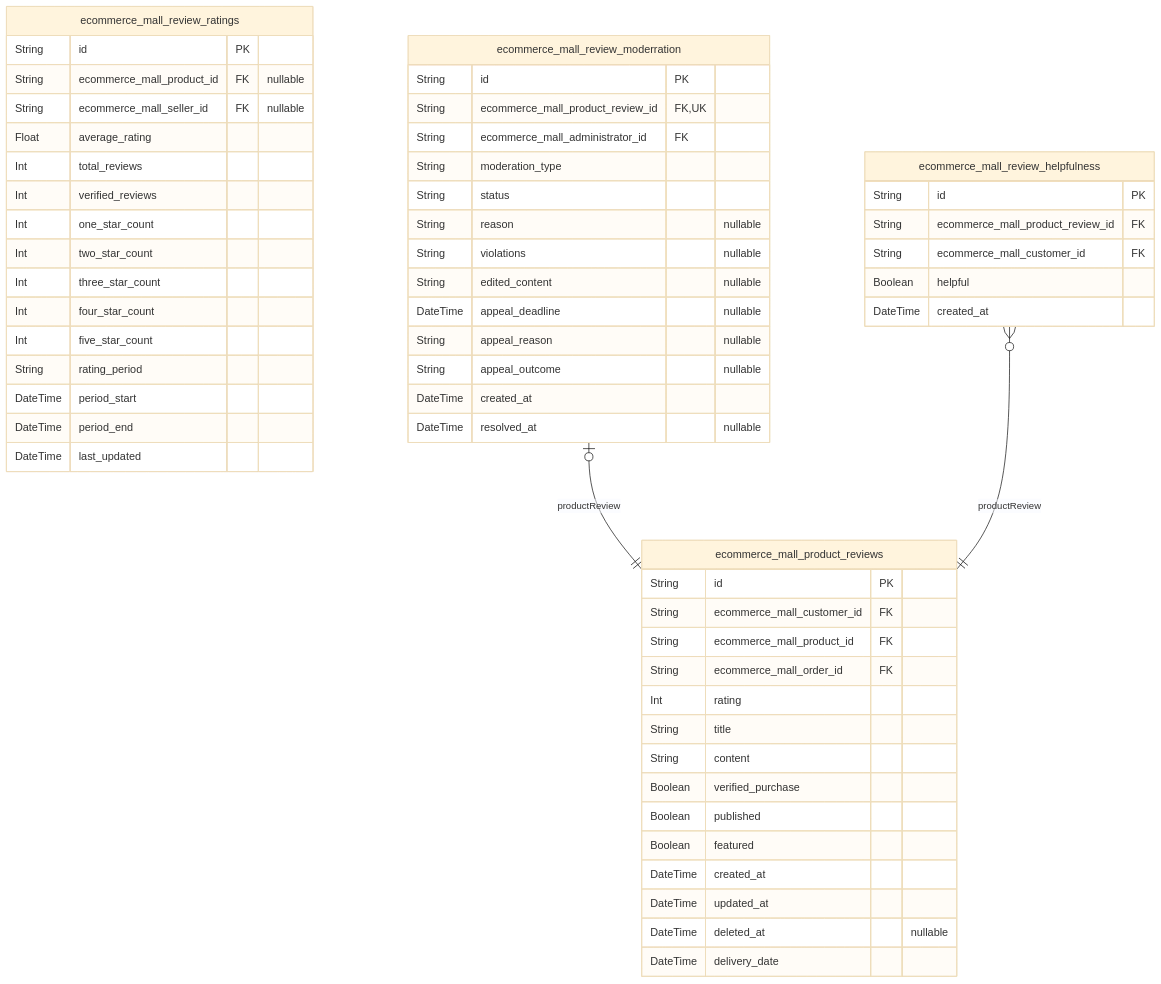
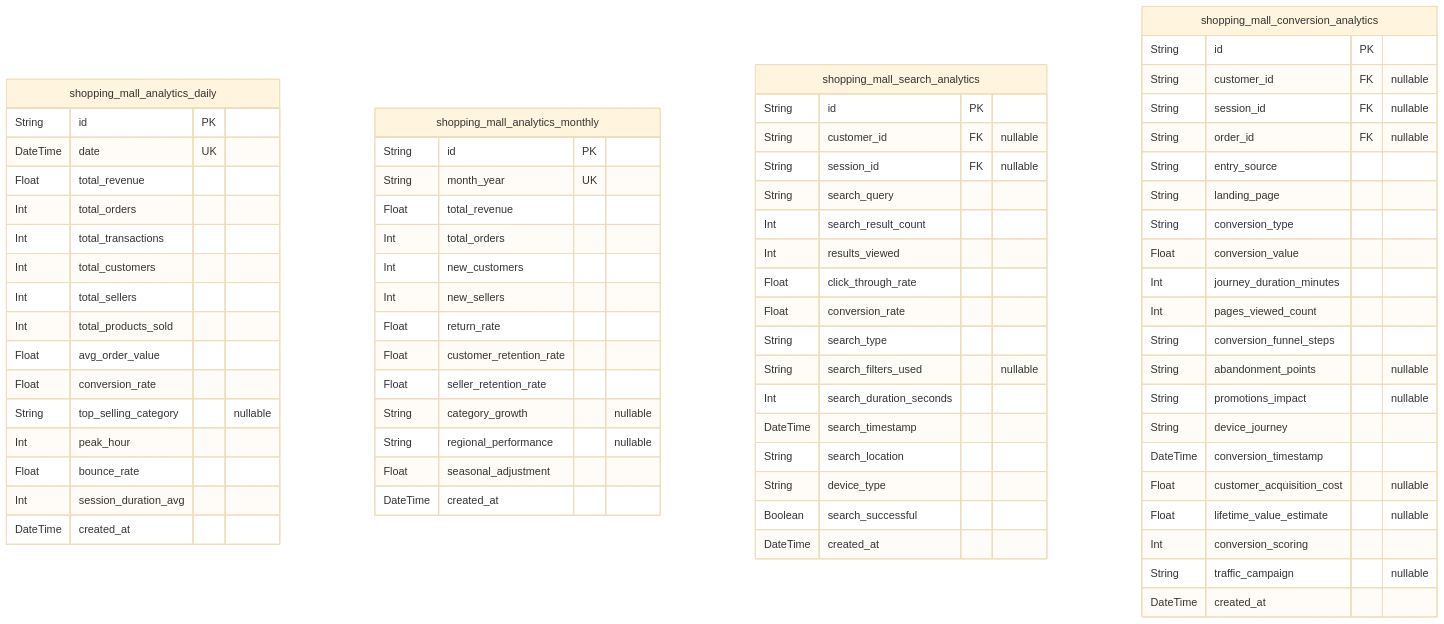
Diagram 11 of 12 in moonshotai/kimi-k2-0905-exacto/shopping/docs/ERD.md (wrtnlabs/autobe-examples), drawn with Mermaid (base theme) before and after one commit. The commit also changed other lines of this file and 7173 other files, not shown here.

````diff
--- a/moonshotai/kimi-k2-0905-exacto/shopping/docs/ERD.md
+++ b/moonshotai/kimi-k2-0905-exacto/shopping/docs/ERD.md
@@ -2746,60 +3830,75 @@
 ```mermaid
 erDiagram
-"ecommerce_mall_product_reviews" {
+"shopping_mall_analytics_daily" {
   String id PK
-  String ecommerce_mall_customer_id FK
-  String ecommerce_mall_product_id FK
-  String ecommerce_mall_order_id FK
-  Int rating
-  String title
-  String content
-  Boolean verified_purchase
-  Boolean published
-  Boolean featured
-  DateTime created_at
-  DateTime updated_at
-  DateTime deleted_at "nullable"
-  DateTime delivery_date
-}
-"ecommerce_mall_review_ratings" {
-  String id PK
-  String ecommerce_mall_product_id FK "nullable"
-  String ecommerce_mall_seller_id FK "nullable"
-  Float average_rating
-  Int total_reviews
-  Int verified_reviews
-  Int one_star_count
-  Int two_star_count
-  Int three_star_count
-  Int four_star_count
-  Int five_star_count
-  String rating_period
-  DateTime period_start
-  DateTime period_end
-  DateTime last_updated
-}
-"ecommerce_mall_review_moderration" {
-  String id PK
-  String ecommerce_mall_product_review_id FK,UK
-  String ecommerce_mall_administrator_id FK
-  String moderation_type
-  String status
-  String reason "nullable"
-  String violations "nullable"
-  String edited_content "nullable"
-  DateTime appeal_deadline "nullable"
-  String appeal_reason "nullable"
-  String appeal_outcome "nullable"
-  DateTime created_at
-  DateTime resolved_at "nullable"
-}
-"ecommerce_mall_review_helpfulness" {
-  String id PK
-  String ecommerce_mall_product_review_id FK
-  String ecommerce_mall_customer_id FK
-  Boolean helpful
+  DateTime date UK
+  Float total_revenue
+  Int total_orders
+  Int total_transactions
+  Int total_customers
+  Int total_sellers
+  Int total_products_sold
+  Float avg_order_value
+  Float conversion_rate
+  String top_selling_category "nullable"
+  Int peak_hour
+  Float bounce_rate
+  Int session_duration_avg
   DateTime created_at
 }
-"ecommerce_mall_review_moderration" |o--|| "ecommerce_mall_product_reviews" : productReview
-"ecommerce_mall_review_helpfulness" }o--|| "ecommerce_mall_product_reviews" : productReview
+"shopping_mall_analytics_monthly" {
+  String id PK
+  String month_year UK
+  Float total_revenue
+  Int total_orders
+  Int new_customers
+  Int new_sellers
+  Float return_rate
+  Float customer_retention_rate
+  Float seller_retention_rate
+  String category_growth "nullable"
+  String regional_performance "nullable"
+  Float seasonal_adjustment
+  DateTime created_at
+}
+"shopping_mall_search_analytics" {
+  String id PK
+  String customer_id FK "nullable"
+  String session_id FK "nullable"
+  String search_query
+  Int search_result_count
+  Int results_viewed
+  Float click_through_rate
+  Float conversion_rate
+  String search_type
+  String search_filters_used "nullable"
+  Int search_duration_seconds
+  DateTime search_timestamp
+  String search_location
+  String device_type
+  Boolean search_successful
+  DateTime created_at
+}
+"shopping_mall_conversion_analytics" {
+  String id PK
+  String customer_id FK "nullable"
+  String session_id FK "nullable"
+  String order_id FK "nullable"
+  String entry_source
+  String landing_page
+  String conversion_type
+  Float conversion_value
+  Int journey_duration_minutes
+  Int pages_viewed_count
+  String conversion_funnel_steps
+  String abandonment_points "nullable"
+  String promotions_impact "nullable"
+  String device_journey
+  DateTime conversion_timestamp
+  Float customer_acquisition_cost "nullable"
+  Float lifetime_value_estimate "nullable"
+  Int conversion_scoring
+  String traffic_campaign "nullable"
+  DateTime created_at
+}
 ```
````
